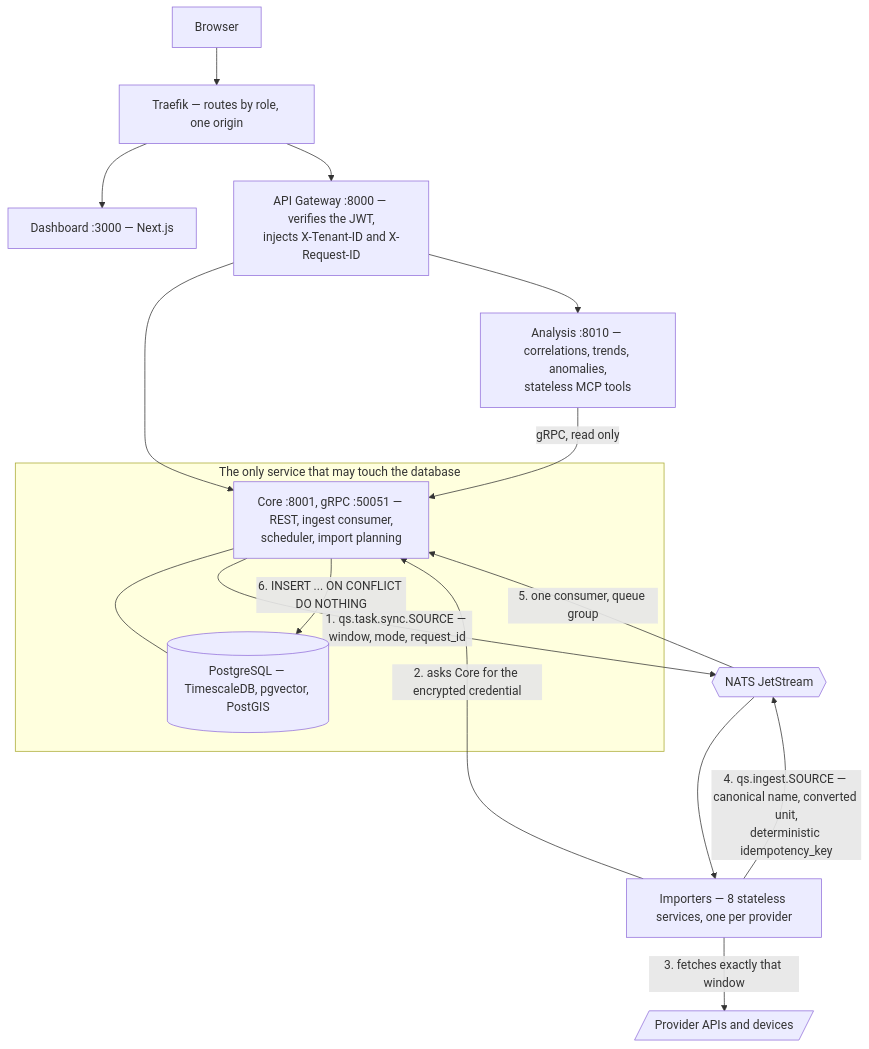
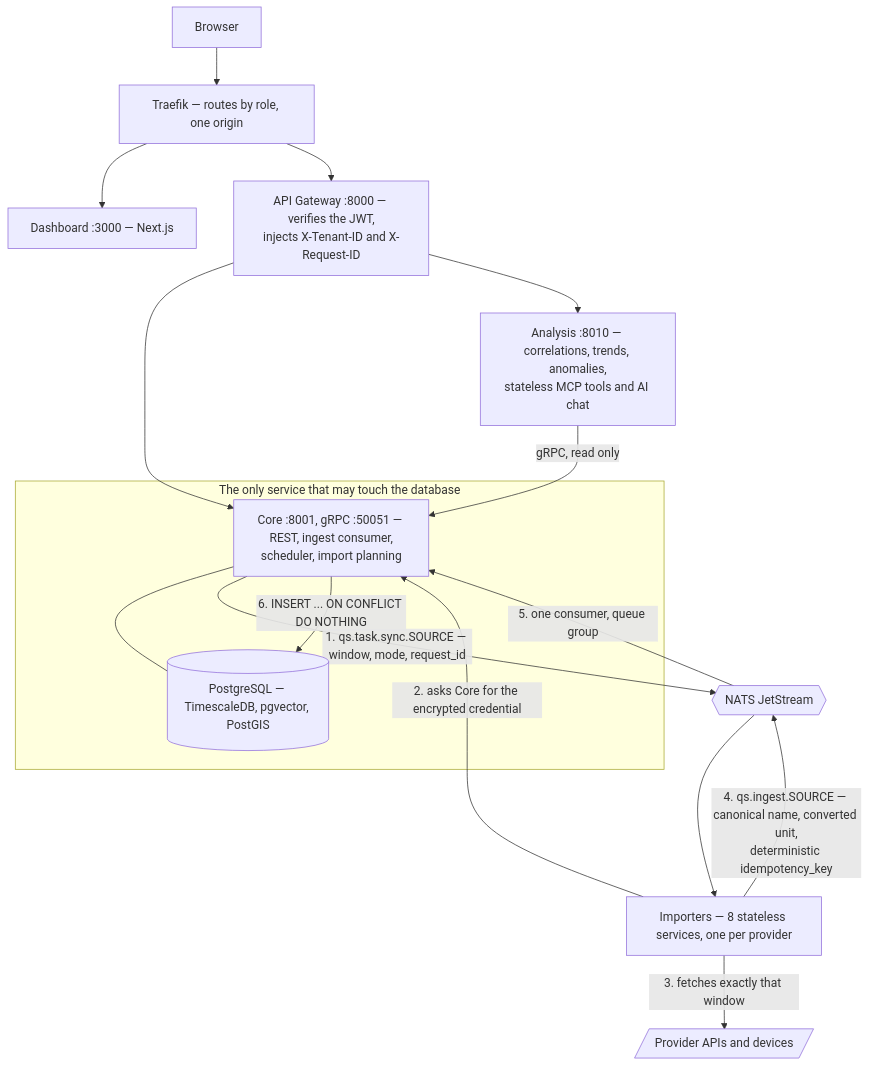
One commit to iamTim0/quantified-self changed the diagram in docs/architecture.md. Above: the diagram before and after it, drawn with Mermaid. The commit also changed other lines of this file and 29 other files, not shown here.

````diff
--- a/docs/architecture.md
+++ b/docs/architecture.md
@@ -9,32 +9,32 @@
 ```mermaid
 flowchart TB
     browser["Browser"]
     traefik["Traefik&nbsp;&mdash; routes by role, one origin"]
     ui["Dashboard&nbsp;:3000&nbsp;&mdash; Next.js"]
     gateway["API Gateway&nbsp;:8000&nbsp;&mdash; verifies the JWT,<br/>injects X-Tenant-ID and X-Request-ID"]
-    analysis["Analysis&nbsp;:8010&nbsp;&mdash; correlations, trends, anomalies,<br/>stateless MCP tools"]
+    analysis["Analysis&nbsp;:8010&nbsp;&mdash; correlations, trends, anomalies,<br/>stateless MCP tools and AI chat"]
     bus{{"NATS JetStream"}}
     importers["Importers&nbsp;&mdash; 8 stateless services, one per provider"]
     providers[/"Provider APIs and devices"/]
 
     subgraph owner["The only service that may touch the database"]
         core["Core&nbsp;:8001, gRPC&nbsp;:50051&nbsp;&mdash; REST, ingest consumer,<br/>scheduler, import planning"]
         db[("PostgreSQL&nbsp;&mdash; TimescaleDB, pgvector, PostGIS")]
     end
 
     browser --> traefik
     traefik --> ui
     traefik --> gateway
     gateway --> core
     gateway --> analysis
     analysis -->|"gRPC, read only"| core
     core --- db
 
     core -->|"1. qs.task.sync.SOURCE&nbsp;&mdash; window, mode, request_id"| bus
     bus --> importers
     importers -->|"2. asks Core for the encrypted credential"| core
     importers -->|"3. fetches exactly that window"| providers
     importers -->|"4. qs.ingest.SOURCE&nbsp;&mdash; canonical name, converted unit,<br/>deterministic idempotency_key"| bus
     bus -->|"5. one consumer, queue group"| core
     core -->|"6. INSERT ... ON CONFLICT DO NOTHING"| db
 ```
````
